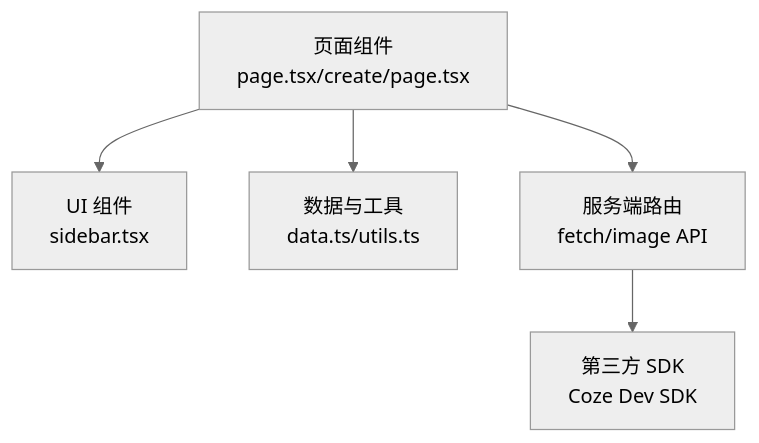
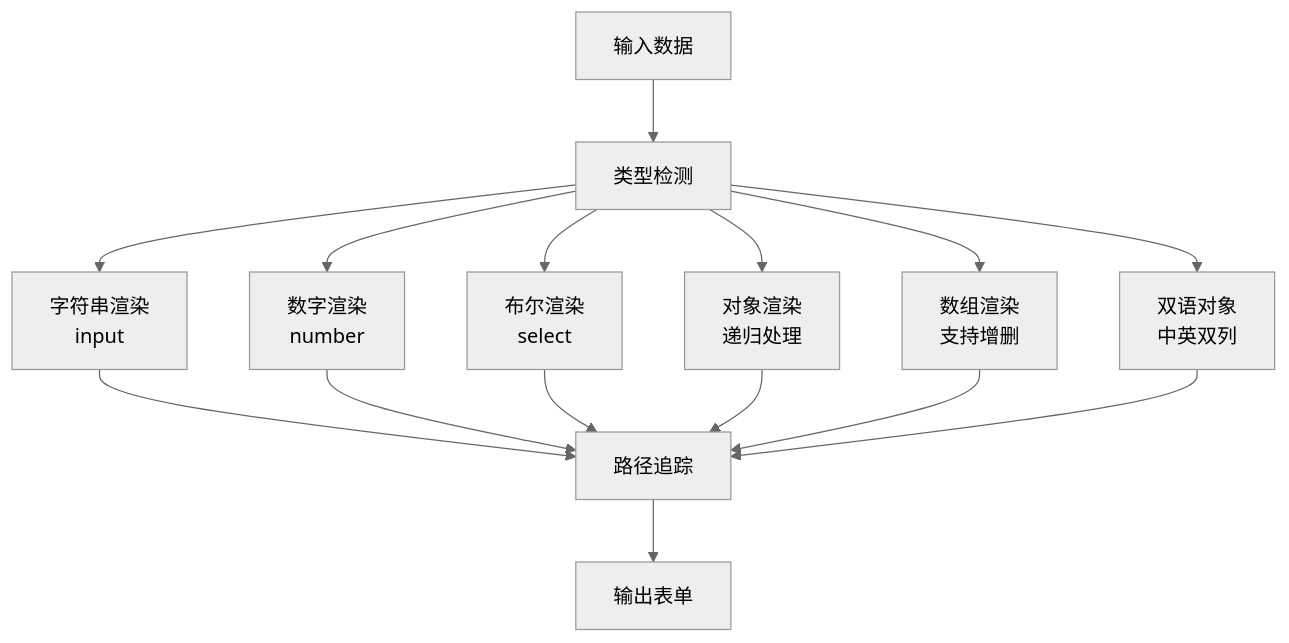
The sixth of 7 diagrams in .qoder/repowiki/zh/content/管理后台系统/界面架构设计.md (hx631580609-web/zsts-cms), drawn with Mermaid (neutral theme) before and after one commit. The commit also changed other lines of this file and 11 other files, not shown here.

````diff
--- a/.qoder/repowiki/zh/content/管理后台系统/界面架构设计.md
+++ b/.qoder/repowiki/zh/content/管理后台系统/界面架构设计.md
@@ -313,12 +285,17 @@
 ```mermaid
 graph TB
-PAGE["页面组件<br/>page.tsx/create/page.tsx"]
-UI["UI 组件<br/>sidebar.tsx"]
-LIB["数据与工具<br/>data.ts/utils.ts"]
-API["服务端路由<br/>fetch/image API"]
-SDK["第三方 SDK<br/>Coze Dev SDK"]
-PAGE --> UI
-PAGE --> LIB
-PAGE --> API
-API --> SDK
+INPUT["输入数据"] --> DETECT["类型检测"]
+DETECT --> STRING["字符串渲染<br/>input"]
+DETECT --> NUMBER["数字渲染<br/>number"]
+DETECT --> BOOLEAN["布尔渲染<br/>select"]
+DETECT --> OBJECT["对象渲染<br/>递归处理"]
+DETECT --> ARRAY["数组渲染<br/>支持增删"]
+DETECT --> BILINGUAL["双语对象<br/>中英双列"]
+STRING --> PATH["路径追踪"]
+NUMBER --> PATH
+BOOLEAN --> PATH
+OBJECT --> PATH
+ARRAY --> PATH
+BILINGUAL --> PATH
+PATH --> OUTPUT["输出表单"]
 ```
````
